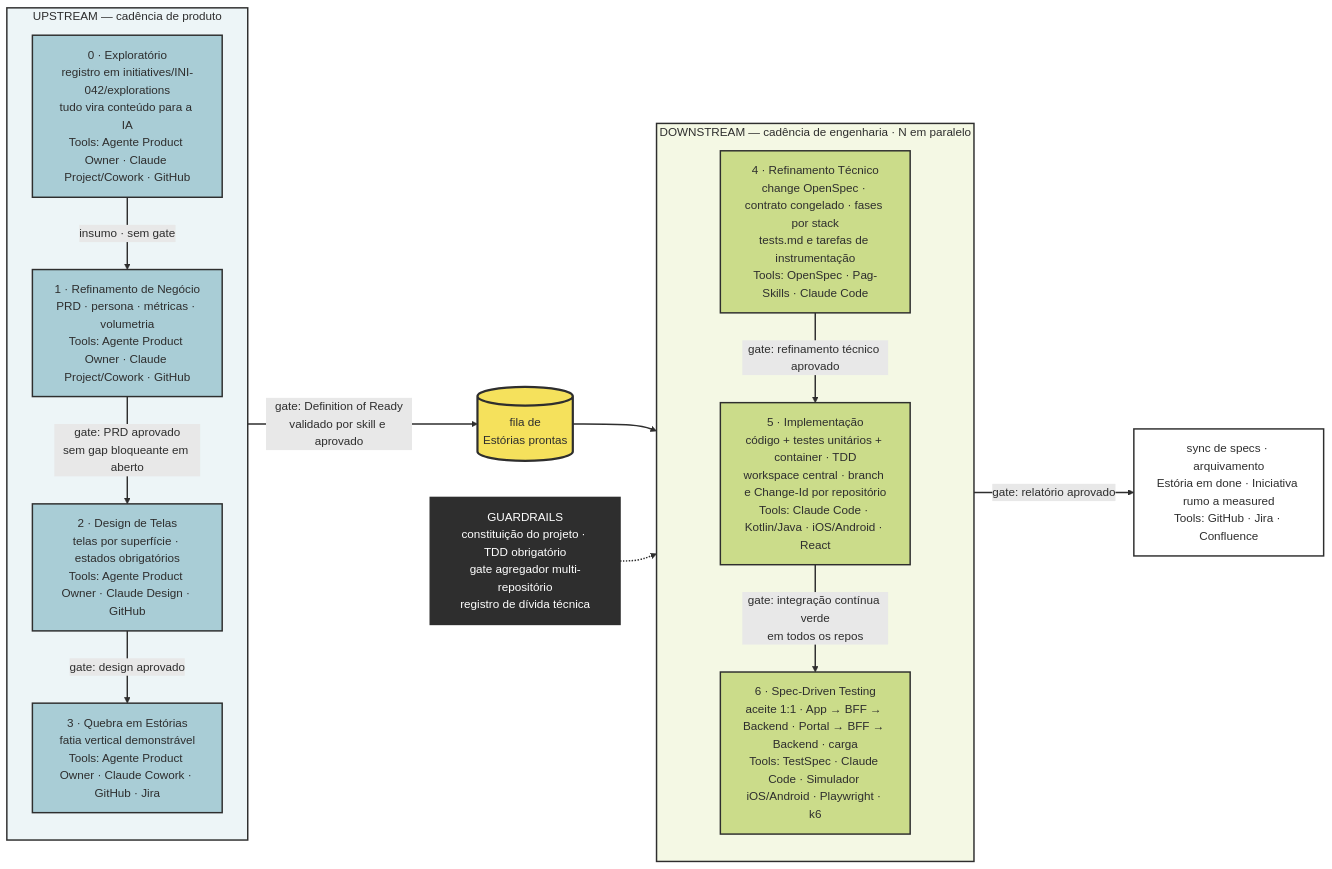
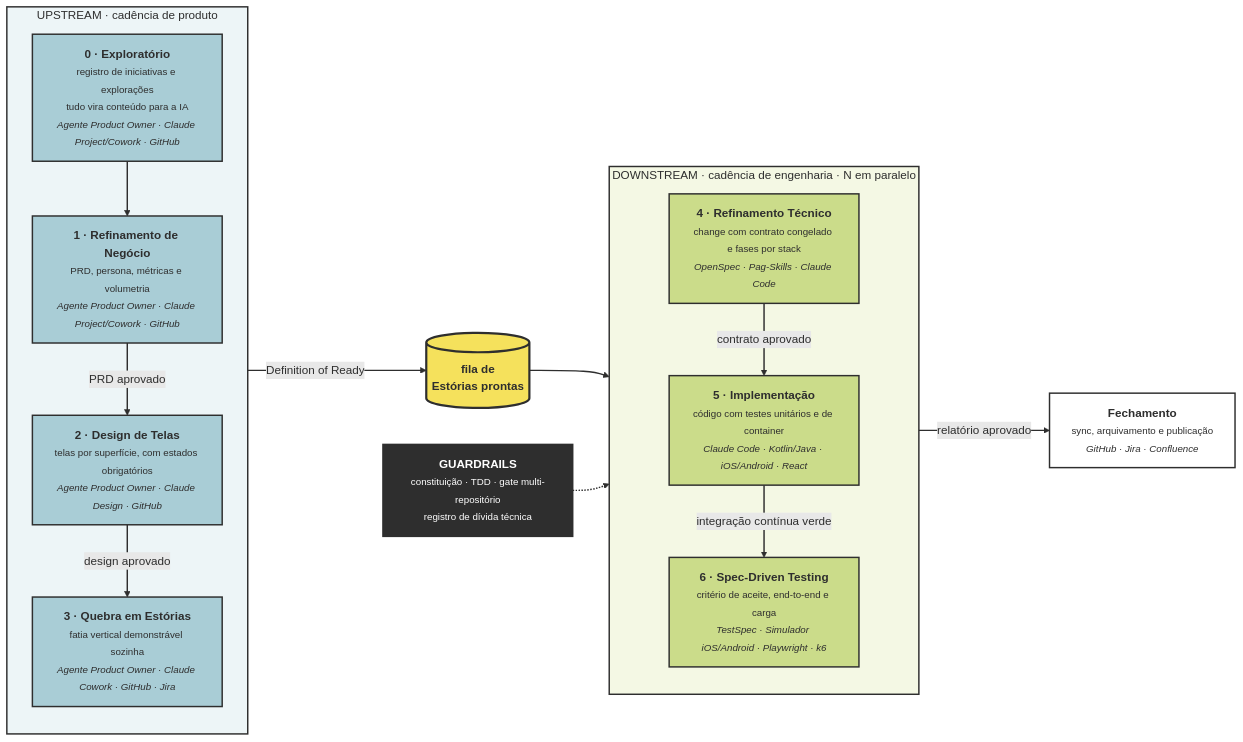
The first of 5 diagrams in workflow.md (diegolirio/workflow-ai-first), drawn with Mermaid (forest theme) before and after one commit.

````diff
--- a/workflow.md
+++ b/workflow.md
@@ -33,49 +33,49 @@
 ```mermaid
 flowchart LR
     classDef up fill:#A9CDD6,stroke:#2E2E2E,stroke-width:2px,color:#2E2E2E
     classDef down fill:#CBDC8A,stroke:#2E2E2E,stroke-width:2px,color:#2E2E2E
     classDef queue fill:#F5E15C,stroke:#2E2E2E,stroke-width:3px,color:#2E2E2E
     classDef guard fill:#2E2E2E,stroke:#2E2E2E,stroke-width:2px,color:#FFFFFF
     classDef done fill:#FFFFFF,stroke:#2E2E2E,stroke-width:2px,color:#2E2E2E
 
-    subgraph UP["UPSTREAM — cadência de produto"]
+    subgraph UP["UPSTREAM · cadência de produto"]
         direction TB
-        EX["0 · Exploratório<br/>registro em initiatives/INI-042/explorations<br/>tudo vira conteúdo para a IA<br/>Tools: Agente Product Owner · Claude Project/Cowork · GitHub"]
-        RN["1 · Refinamento de Negócio<br/>PRD · persona · métricas · volumetria<br/>Tools: Agente Product Owner · Claude Project/Cowork · GitHub"]
-        TL["2 · Design de Telas<br/>telas por superfície · estados obrigatórios<br/>Tools: Agente Product Owner · Claude Design · GitHub"]
-        QE["3 · Quebra em Estórias<br/>fatia vertical demonstrável<br/>Tools: Agente Product Owner · Claude Cowork · GitHub · Jira"]
-        EX -->|"insumo · sem gate"| RN
-        RN -->|"gate: PRD aprovado<br/>sem gap bloqueante em aberto"| TL
-        TL -->|"gate: design aprovado"| QE
+        EX["<b>0 · Exploratório</b><br/><small>registro de iniciativas e explorações<br/>tudo vira conteúdo para a IA</small><br/><small><i>Agente Product Owner · Claude Project/Cowork · GitHub</i></small>"]
+        RN["<b>1 · Refinamento de Negócio</b><br/><small>PRD, persona, métricas e volumetria</small><br/><small><i>Agente Product Owner · Claude Project/Cowork · GitHub</i></small>"]
+        TL["<b>2 · Design de Telas</b><br/><small>telas por superfície, com estados obrigatórios</small><br/><small><i>Agente Product Owner · Claude Design · GitHub</i></small>"]
+        QE["<b>3 · Quebra em Estórias</b><br/><small>fatia vertical demonstrável sozinha</small><br/><small><i>Agente Product Owner · Claude Cowork · GitHub · Jira</i></small>"]
+        EX --> RN
+        RN -->|"PRD aprovado"| TL
+        TL -->|"design aprovado"| QE
     end
 
-    FILA[("fila de<br/>Estórias prontas")]
+    FILA[("<b>fila de<br/>Estórias prontas</b>")]
 
-    subgraph DOWN["DOWNSTREAM — cadência de engenharia · N em paralelo"]
+    subgraph DOWN["DOWNSTREAM · cadência de engenharia · N em paralelo"]
         direction TB
-        RT["4 · Refinamento Técnico<br/>change OpenSpec · contrato congelado · fases por stack<br/>tests.md e tarefas de instrumentação<br/>Tools: OpenSpec · Pag-Skills · Claude Code"]
-        IMPL["5 · Implementação<br/>código + testes unitários + container · TDD<br/>workspace central · branch e Change-Id por repositório<br/>Tools: Claude Code · Kotlin/Java · iOS/Android · React"]
-        TEST["6 · Spec-Driven Testing<br/>aceite 1:1 · App → BFF → Backend · Portal → BFF → Backend · carga<br/>Tools: TestSpec · Claude Code · Simulador iOS/Android · Playwright · k6"]
-        RT -->|"gate: refinamento técnico aprovado"| IMPL
-        IMPL -->|"gate: integração contínua verde<br/>em todos os repos"| TEST
+        RT["<b>4 · Refinamento Técnico</b><br/><small>change com contrato congelado e fases por stack</small><br/><small><i>OpenSpec · Pag-Skills · Claude Code</i></small>"]
+        IMPL["<b>5 · Implementação</b><br/><small>código com testes unitários e de container</small><br/><small><i>Claude Code · Kotlin/Java · iOS/Android · React</i></small>"]
+        TEST["<b>6 · Spec-Driven Testing</b><br/><small>critério de aceite, end-to-end e carga</small><br/><small><i>TestSpec · Simulador iOS/Android · Playwright · k6</i></small>"]
+        RT -->|"contrato aprovado"| IMPL
+        IMPL -->|"integração contínua verde"| TEST
     end
 
-    GR["GUARDRAILS<br/>constituição do projeto · TDD obrigatório<br/>gate agregador multi-repositório<br/>registro de dívida técnica"]
+    GR["<b>GUARDRAILS</b><br/><small>constituição · TDD · gate multi-repositório<br/>registro de dívida técnica</small>"]
 
-    FIM["sync de specs · arquivamento<br/>Estória em done · Iniciativa rumo a measured<br/>Tools: GitHub · Jira · Confluence"]
+    FIM["<b>Fechamento</b><br/><small>sync, arquivamento e publicação</small><br/><small><i>GitHub · Jira · Confluence</i></small>"]
 
-    QE -->|"gate: Definition of Ready<br/>validado por skill e aprovado"| FILA
+    QE -->|"Definition of Ready"| FILA
     FILA --> RT
-    TEST -->|"gate: relatório aprovado"| FIM
+    TEST -->|"relatório aprovado"| FIM
     GR -.-> DOWN
 
     class EX,RN,TL,QE up
     class RT,IMPL,TEST down
     class FILA queue
     class GR guard
     class FIM done
 
     style UP fill:#EDF5F7,stroke:#2E2E2E,stroke-width:2px,color:#2E2E2E
     style DOWN fill:#F4F8E4,stroke:#2E2E2E,stroke-width:2px,color:#2E2E2E
     linkStyle default stroke:#2E2E2E,stroke-width:2px,color:#2E2E2E
 ```
````
